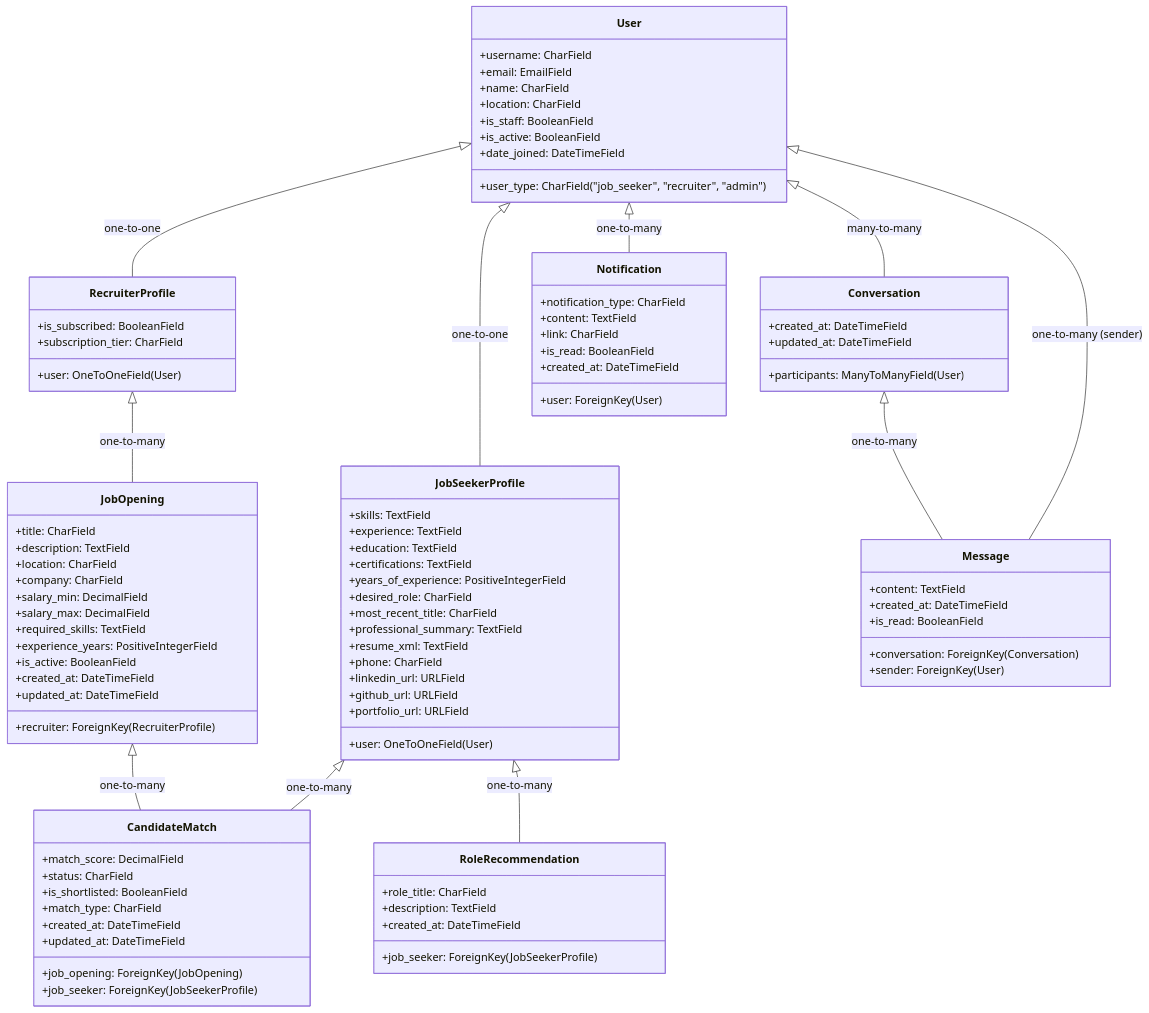
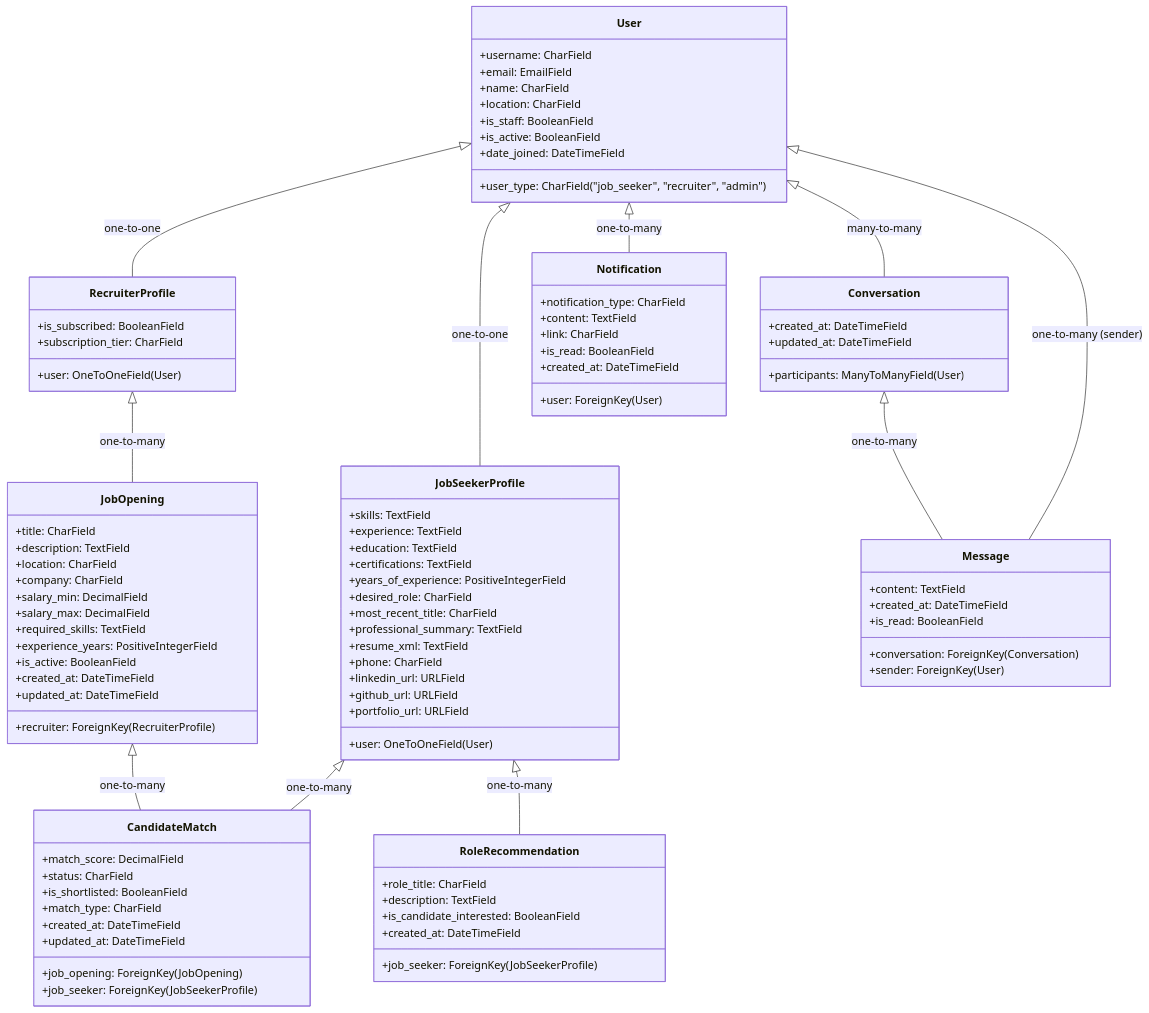
One commit to btfranklin/hiredar-saas-archive changed the diagram in docs/MODELS.md. Above: the diagram before and after it, drawn with Mermaid. The commit also changed other lines of this file and 3 other files, not shown here.

```diff
--- a/docs/MODELS.md
+++ b/docs/MODELS.md
@@ -81,6 +81,7 @@
         +job_seeker: ForeignKey(JobSeekerProfile)
         +role_title: CharField
         +description: TextField
+        +is_candidate_interested: BooleanField
         +created_at: DateTimeField
     }
     
```
